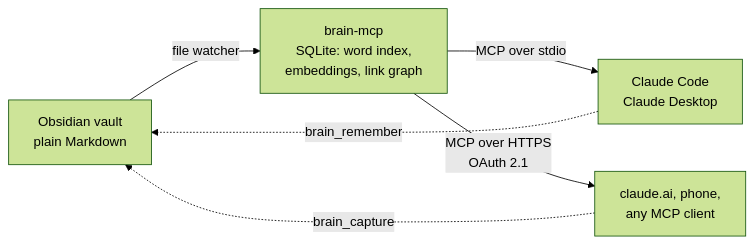
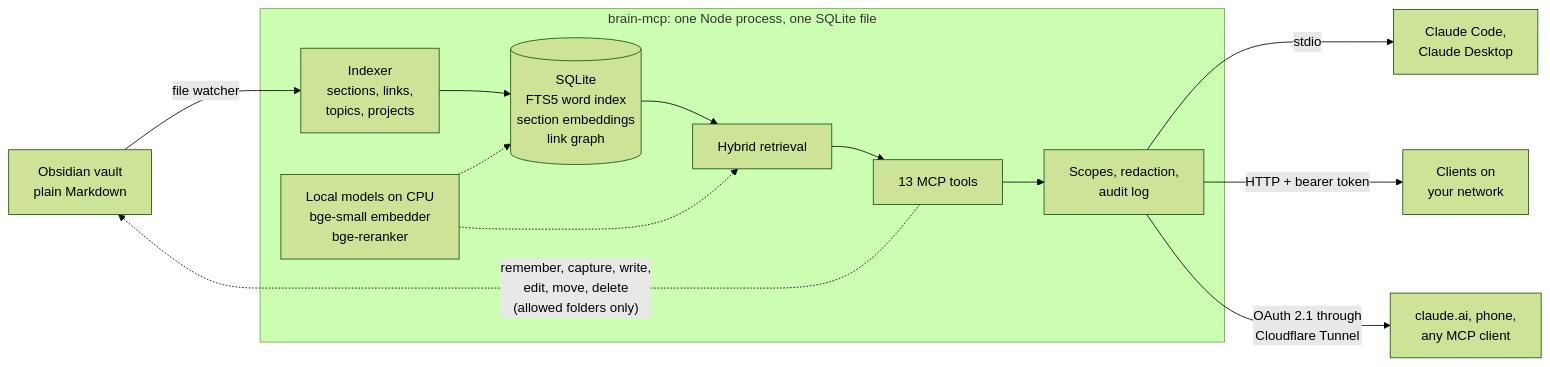
The first of 2 diagrams in README.md (debashishthakur/brain-mcp), drawn with Mermaid (forest theme) before and after one commit. The commit also changed other lines of this file, not shown here.

Commit message:
README: architecture diagram shows the hybrid pipeline as built
The overview now shows the indexer, the SQLite store (FTS5, section
embeddings, link graph), local CPU models, hybrid retrieval, the 13
tools, the scope/redaction/audit layer, all three transports and the
write tools. A second diagram traces a question through understanding,
the four retrieval lists, RRF, the cross-encoder rerank with early exit,
and the relevance floor.

````diff
--- a/README.md
+++ b/README.md
@@ -48,8 +48,22 @@
 ```mermaid
 flowchart LR
-    V["Obsidian vault<br/>plain Markdown"] -->|file watcher| B["brain-mcp<br/>SQLite: word index,<br/>embeddings, link graph"]
-    B -->|MCP over stdio| L["Claude Code<br/>Claude Desktop"]
-    B -->|MCP over HTTPS<br/>OAuth 2.1| R["claude.ai, phone,<br/>any MCP client"]
-    L -. brain_remember .-> V
-    R -. brain_capture .-> V
+    V["Obsidian vault<br/>plain Markdown"]
+
+    subgraph S["brain-mcp: one Node process, one SQLite file"]
+        I["Indexer<br/>sections, links,<br/>topics, projects"]
+        DB[("SQLite<br/>FTS5 word index<br/>section embeddings<br/>link graph")]
+        M["Local models on CPU<br/>bge-small embedder<br/>bge-reranker"]
+        R["Hybrid retrieval"]
+        T["13 MCP tools"]
+        G["Scopes, redaction,<br/>audit log"]
+        I --> DB --> R --> T --> G
+        M -.-> DB
+        M -.-> R
+    end
+
+    V -->|file watcher| I
+    G -->|stdio| C1["Claude Code,<br/>Claude Desktop"]
+    G -->|HTTP + bearer token| C2["Clients on<br/>your network"]
+    G -->|OAuth 2.1 through<br/>Cloudflare Tunnel| C3["claude.ai, phone,<br/>any MCP client"]
+    T -. "remember, capture, write,<br/>edit, move, delete<br/>(allowed folders only)" .-> V
 ```
````
